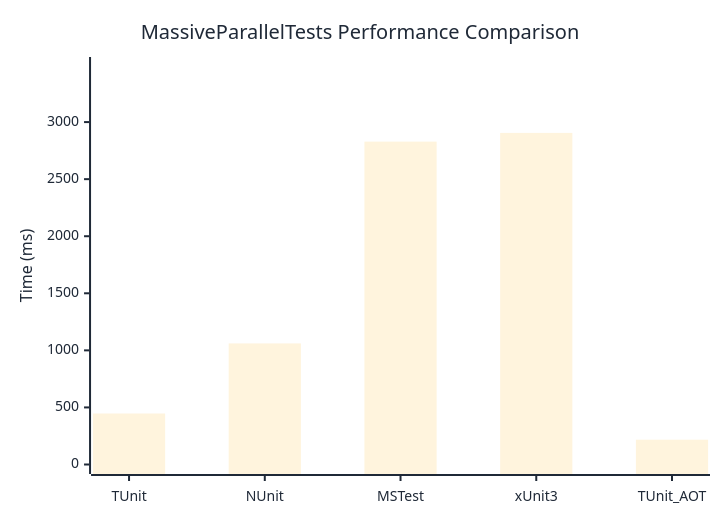
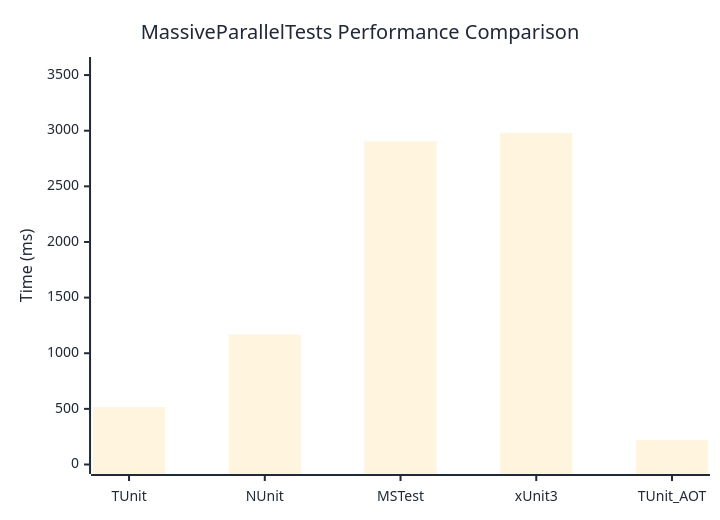
The diagram in docs/docs/benchmarks/engine/MassiveParallelTests.md (thomhurst/TUnit), drawn with Mermaid before and after one commit. The commit also changed other lines of this file and 17 other files, not shown here.

````diff
--- a/docs/docs/benchmarks/engine/MassiveParallelTests.md
+++ b/docs/docs/benchmarks/engine/MassiveParallelTests.md
@@ -29,37 +29,37 @@
 ```mermaid
 %%{init: {
   'theme':'base',
   'themeVariables': {
     'primaryColor': '#2563eb',
     'primaryTextColor': '#1f2937',
     'primaryBorderColor': '#1e40af',
     'lineColor': '#6b7280',
     'secondaryColor': '#7c3aed',
     'tertiaryColor': '#dc2626',
     'background': '#ffffff',
     'mainBkg': '#2563eb',
     'secondBkg': '#7c3aed',
     'tertiaryBkg': '#dc2626',
     'clusterBkg': '#f3f4f6',
     'edgeLabelBackground': '#ffffff',
     'tertiaryTextColor': '#1f2937',
     'pie1': '#2563eb',
     'pie2': '#7c3aed',
     'pie3': '#dc2626',
     'pie4': '#f59e0b',
     'pie5': '#10b981',
     'pie6': '#06b6d4',
     'pie7': '#ec4899',
     'pie8': '#6366f1',
     'pie9': '#84cc16',
     'pie10': '#f97316',
     'pie11': '#14b8a6',
     'pie12': '#a855f7'
   }
 }}%%
 xychart-beta
   title "MassiveParallelTests Performance Comparison"
   x-axis ["TUnit", "NUnit", "MSTest", "xUnit3", "TUnit_AOT"]
-  y-axis "Time (ms)" 0 --> 3487
-  bar [446.9, 1060.9, 2828.9, 2905.1, 217.3]
+  y-axis "Time (ms)" 0 --> 3577
+  bar [516.1, 1167.2, 2903.4, 2980.3, 219.2]
 ```
````
